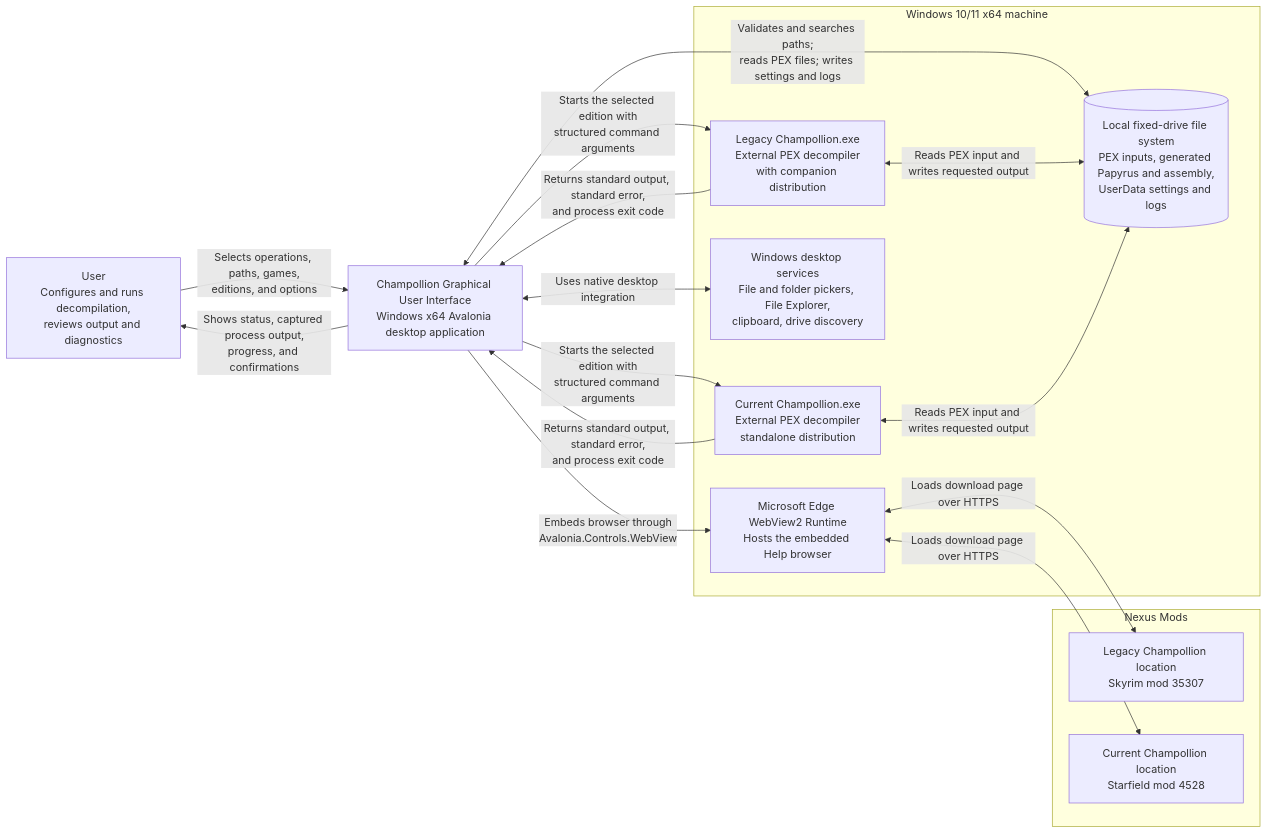
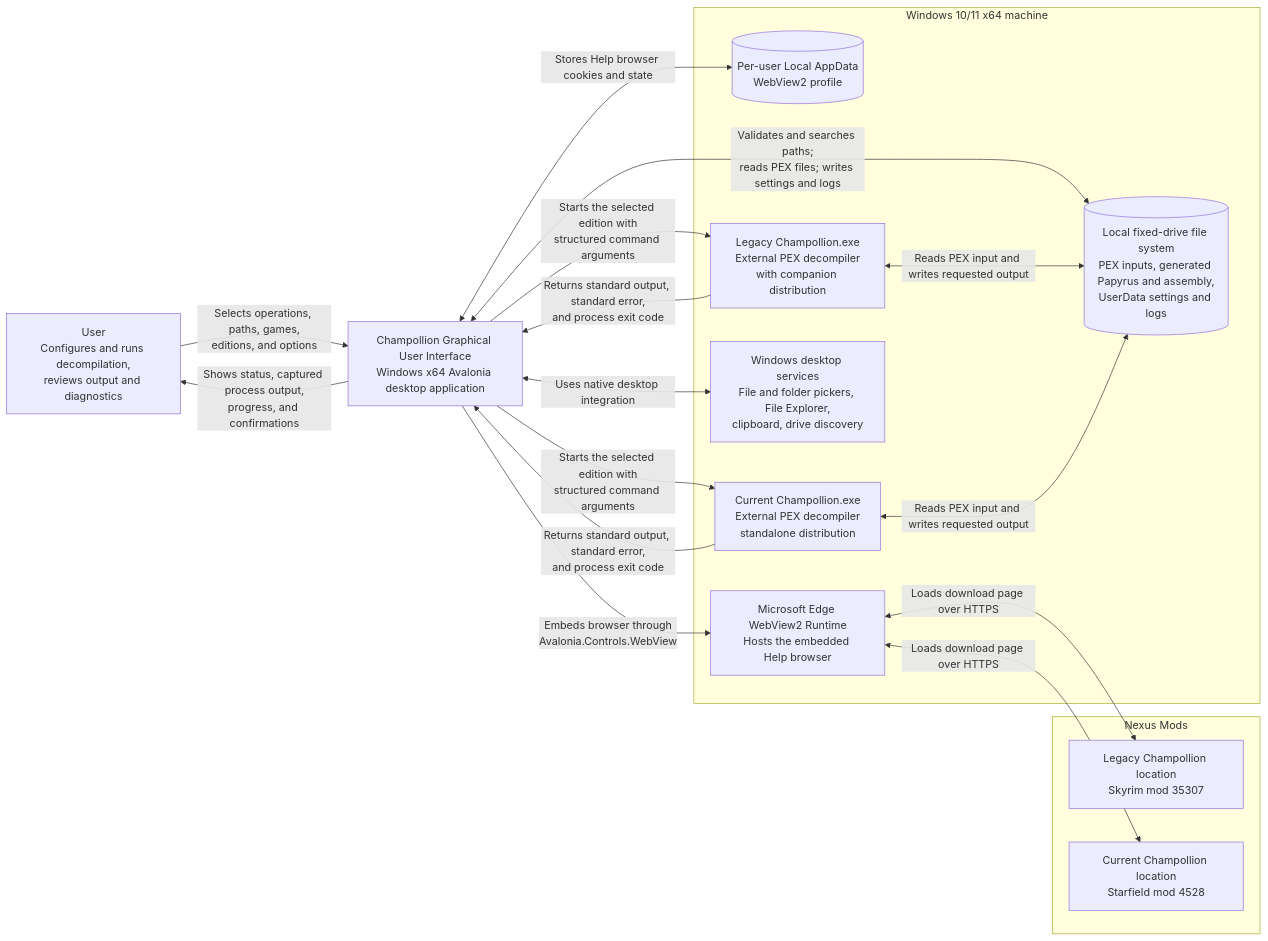
The diagram in docs/architecture/diagrams/system-context.md (Arron-Dominion/ChampollionGraphicalUserInterface), drawn with Mermaid before and after one commit. The commit also changed other lines of this file and 16 other files, not shown here.

First line of the commit message:
Fixed WebView2 (#3)

````diff
--- a/docs/architecture/diagrams/system-context.md
+++ b/docs/architecture/diagrams/system-context.md
@@ -7,36 +7,38 @@
 ```mermaid
 flowchart LR
     user["User<br/>Configures and runs decompilation,<br/>reviews output and diagnostics"]
 
     app["Champollion Graphical User Interface<br/>Windows x64 Avalonia desktop application"]
 
     subgraph localMachine["Windows 10/11 x64 machine"]
         fileSystem[("Local fixed-drive file system<br/>PEX inputs, generated Papyrus and assembly,<br/>UserData settings and logs")]
+        webViewData[("Per-user Local AppData<br/>WebView2 profile")]
         legacy["Legacy Champollion.exe<br/>External PEX decompiler<br/>with companion distribution"]
         current["Current Champollion.exe<br/>External PEX decompiler<br/>standalone distribution"]
         windowsServices["Windows desktop services<br/>File and folder pickers, File Explorer,<br/>clipboard, drive discovery"]
         webView2["Microsoft Edge WebView2 Runtime<br/>Hosts the embedded Help browser"]
     end
 
     subgraph nexusMods["Nexus Mods"]
         legacyPage["Legacy Champollion location<br/>Skyrim mod 35307"]
         currentPage["Current Champollion location<br/>Starfield mod 4528"]
     end
 
     user -->|"Selects operations, paths, games,<br/>editions, and options"| app
     app -->|"Shows status, captured process output,<br/>progress, and confirmations"| user
 
     app <-->|"Validates and searches paths;<br/>reads PEX files; writes settings and logs"| fileSystem
+    app <-->|"Stores Help browser cookies and state"| webViewData
     legacy <-->|"Reads PEX input and writes requested output"| fileSystem
     current <-->|"Reads PEX input and writes requested output"| fileSystem
 
     app -->|"Starts the selected edition with<br/>structured command arguments"| legacy
     legacy -->|"Returns standard output, standard error,<br/>and process exit code"| app
     app -->|"Starts the selected edition with<br/>structured command arguments"| current
     current -->|"Returns standard output, standard error,<br/>and process exit code"| app
 
     app <-->|"Uses native desktop integration"| windowsServices
     app -->|"Embeds browser through<br/>Avalonia.Controls.WebView"| webView2
     webView2 <-->|"Loads download page over HTTPS"| legacyPage
     webView2 <-->|"Loads download page over HTTPS"| currentPage
 ```
````
